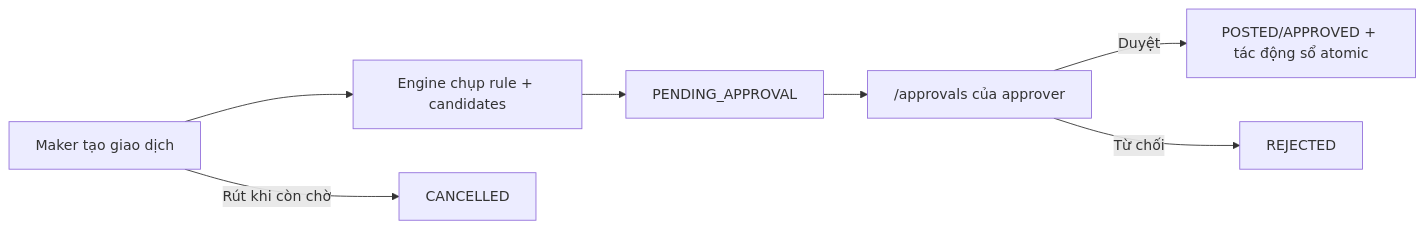
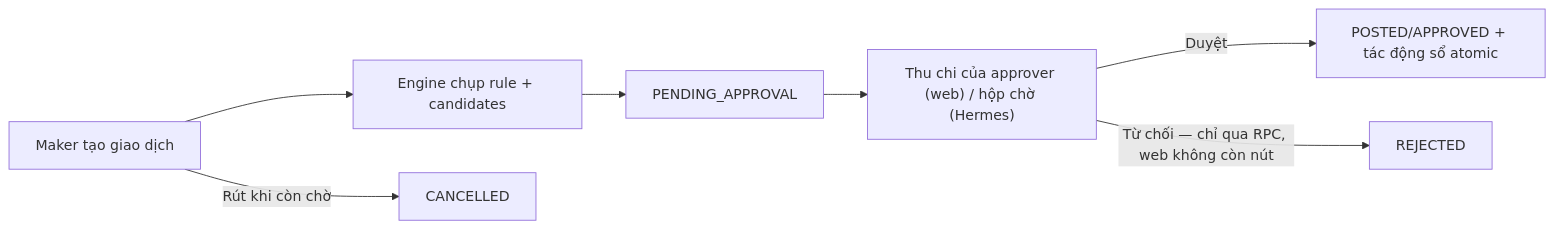
One commit to zxGreenxz/whiteboard-ihomecrm changed the diagram in docs/he-thong/20-phe-duyet-tai-chinh.md. Above: the diagram before and after it, drawn with Mermaid. The commit also changed other lines of this file and 69 other files, not shown here.

````diff
--- a/docs/he-thong/20-phe-duyet-tai-chinh.md
+++ b/docs/he-thong/20-phe-duyet-tai-chinh.md
@@ -60,9 +60,9 @@
 ```mermaid
 flowchart LR
   M["Maker tạo giao dịch"] --> E["Engine chụp rule + candidates"]
   E --> P["PENDING_APPROVAL"]
-  P --> I["/approvals của approver"]
+  P --> I["Thu chi của approver (web) / hộp chờ (Hermes)"]
   I -->|Duyệt| X["POSTED/APPROVED + tác động sổ atomic"]
-  I -->|Từ chối| R["REJECTED"]
+  I -->|"Từ chối — chỉ qua RPC, web không còn nút"| R["REJECTED"]
   M -->|Rút khi còn chờ| W["CANCELLED"]
 ```
````
